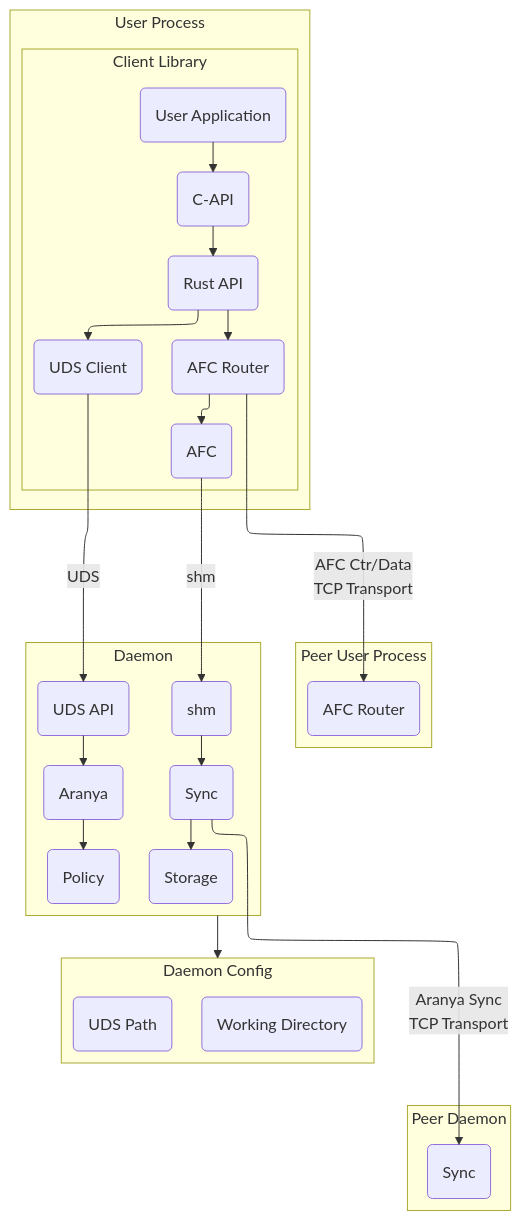
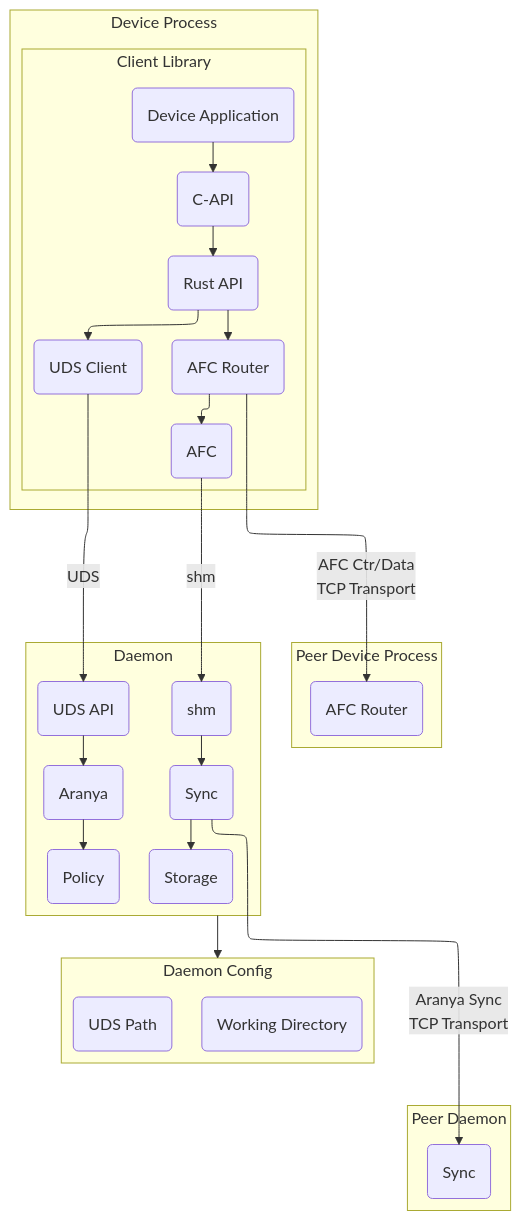
The diagram in docs/aranya-archetecture.md (aranya-project/aranya-docs), drawn with Mermaid before and after one commit. The commit also changed 11 other files, not shown here.

Commit message:
update user to device

```diff
--- a/docs/aranya-archetecture.md
+++ b/docs/aranya-archetecture.md
@@ -10,45 +10,45 @@
 <div class="mermaid">
 flowchart-elk TB
     a1 --> a2
     a2 --> a3
     a3 --> a4 & a5
     a5 --> a6
     a4 -- UDS --> c1
     c1 --> c2
     c2 --> c3
     a6 -- shm --> c4
     c4 --> c5
     c5 --> c6
     Daemon --> DaemonConfig
     a5 -- AFC Ctr/Data <br> TCP Transport --> b1
     c5 -- Aranya Sync <br> TCP Transport --> e1
     subgraph ClientLibrary["Client Library"]
-            a1("User Application")
+            a1("Device Application")
             a2("C-API")
             a3("Rust API")
             a4("UDS Client")
             a5("AFC Router")
             a6("AFC")
     end
-    subgraph UserProcess["User Process"]
+    subgraph DeviceProcess["Device Process"]
             ClientLibrary
     end
-    subgraph PeerUserProcess["Peer User Process"]
+    subgraph PeerDeviceProcess["Peer Device Process"]
             b1("AFC Router")
     end
     subgraph Daemon["Daemon"]
             c1("UDS API")
             c2("Aranya")
             c3("Policy")
             c4("shm")
             c5("Sync")
             c6("Storage")
     end
     subgraph PeerDaemon["Peer Daemon"]
             e1("Sync")
     end
     subgraph DaemonConfig["Daemon Config"]
             d1("UDS Path")
             d2("Working Directory")
     end
 </div>
```
